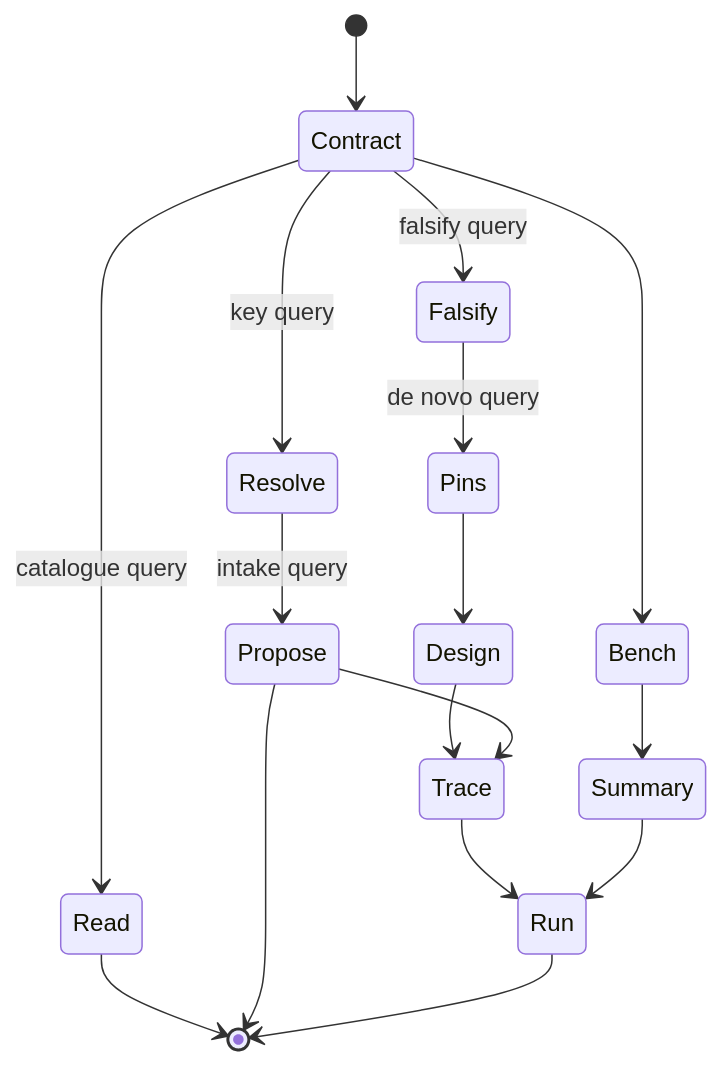
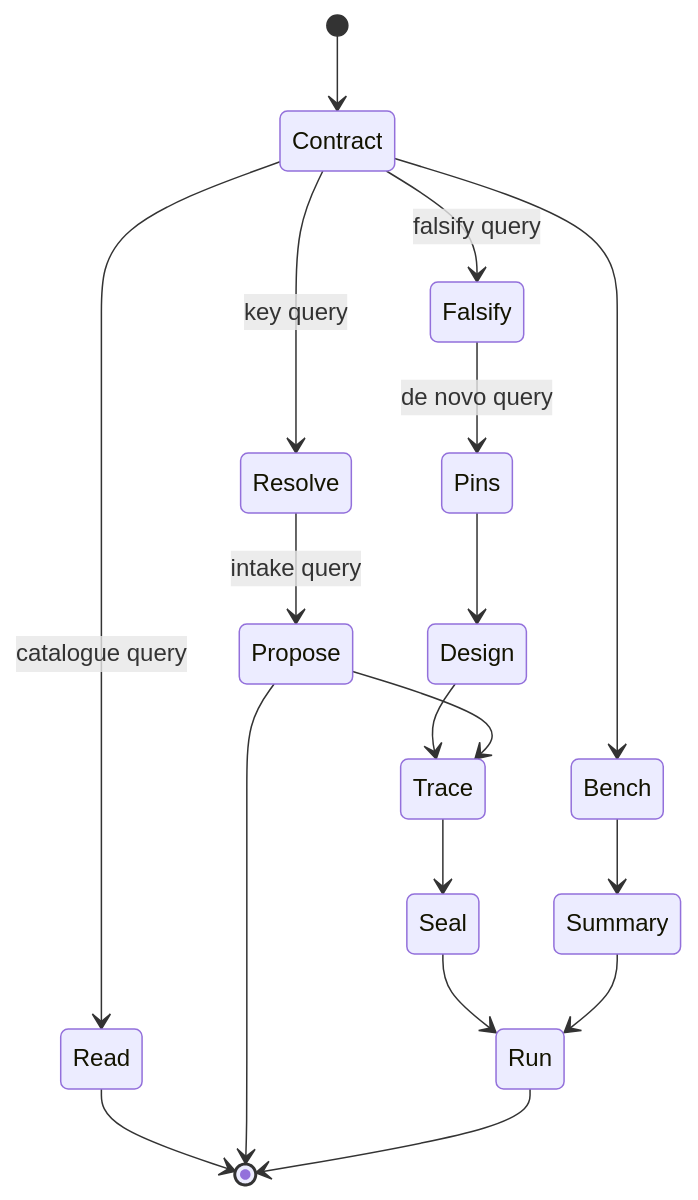
The first of 2 diagrams in docs/read-repository.md (wetware-hq/catalog), drawn with Mermaid before and after one commit. The commit also changed other lines of this file and 4 other files, not shown here.

````diff
--- a/docs/read-repository.md
+++ b/docs/read-repository.md
@@ -87,19 +87,20 @@
 ```mermaid
 stateDiagram-v2
     [*] --> Contract
     Contract --> Read: catalogue query
     Contract --> Resolve: key query
     Resolve --> Propose: intake query
     Contract --> Falsify: falsify query
     Falsify --> Pins: de novo query
     Pins --> Design
     Design --> Trace
     Propose --> Trace
     Contract --> Bench
-    Trace --> Run
+    Trace --> Seal
+    Seal --> Run
     Bench --> Summary
     Summary --> Run
     Read --> [*]
     Propose --> [*]
     Run --> [*]
 ```
````
